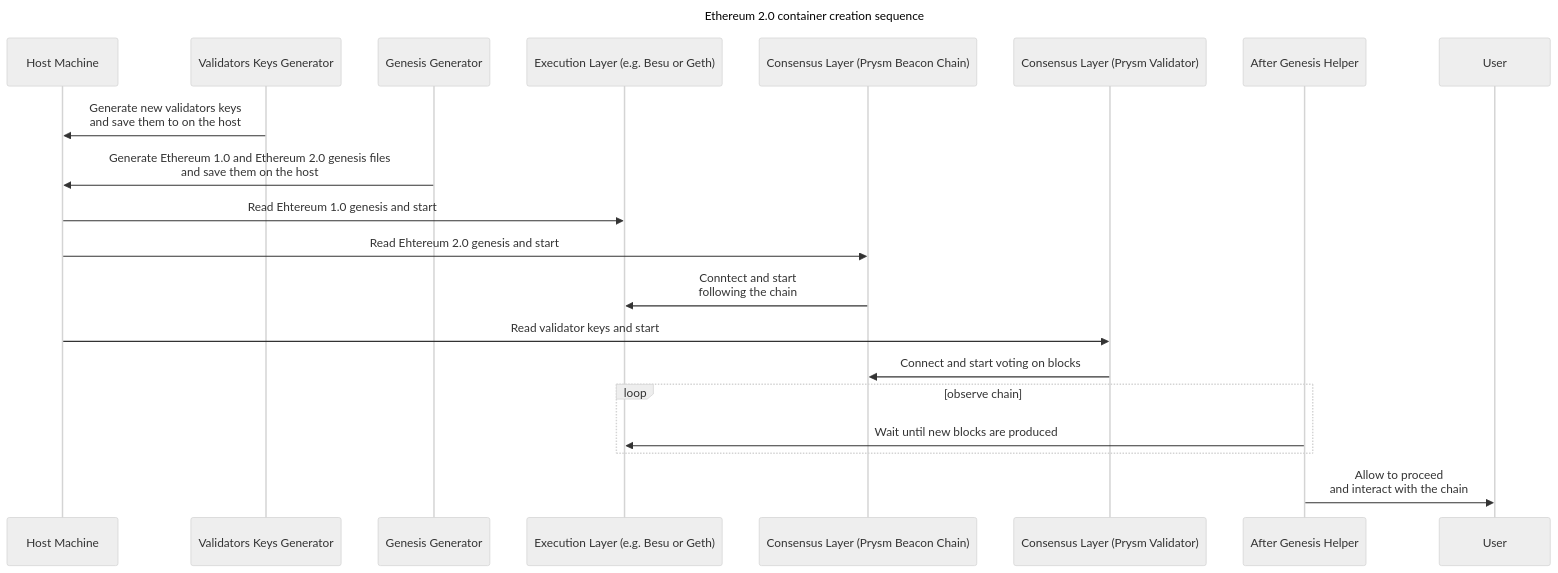
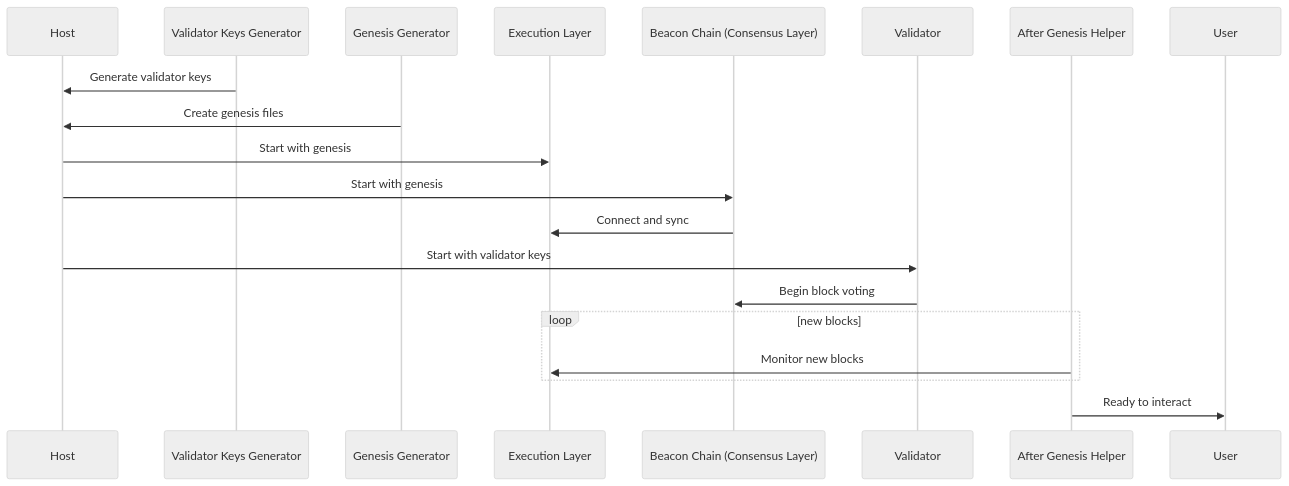
Before and after one commit to smartcontractkit/chainlink-testing-framework: the diagram in book/src/docker/blockchain_nodes.md, drawn with Mermaid (neutral theme). The commit also changed other lines of this file, not shown here.

````diff
--- a/book/src/docker/blockchain_nodes.md
+++ b/book/src/docker/blockchain_nodes.md
@@ -227,25 +180,23 @@
 ```mermaid
----
-title: Ethereum 2.0 container creation sequence
----
 sequenceDiagram
-    participant Host Machine
-    participant Validators Keys Generator
+    participant Host
+    participant Validator Keys Generator
     participant Genesis Generator
-    participant Execution Layer (e.g. Besu or Geth)
-    participant Consensus Layer (Prysm Beacon Chain)
-    participant Consensus Layer (Prysm Validator)
+    participant Execution Layer
+    participant Beacon Chain (Consensus Layer)
+    participant Validator
     participant After Genesis Helper
     participant User
-    Validators Keys Generator->>Host Machine: Generate new validators keys<br/> and save them to on the host
-    Genesis Generator->>Host Machine: Generate Ethereum 1.0 and Ethereum 2.0 genesis files<br/> and save them on the host
-    Host Machine->>Execution Layer (e.g. Besu or Geth): Read Ehtereum 1.0 genesis and start
-    Host Machine->>Consensus Layer (Prysm Beacon Chain): Read Ehtereum 2.0 genesis and start
-    Consensus Layer (Prysm Beacon Chain)->>Execution Layer (e.g. Besu or Geth): Conntect and start<br/> following the chain
-    Host Machine->>Consensus Layer (Prysm Validator): Read validator keys and start
-    Consensus Layer (Prysm Validator)->>Consensus Layer (Prysm Beacon Chain): Connect and start voting on blocks
-    loop observe chain
-    After Genesis Helper->>Execution Layer (e.g. Besu or Geth): Wait until new blocks are produced
+
+    Validator Keys Generator->>Host: Generate validator keys
+    Genesis Generator->>Host: Create genesis files
+    Host->>Execution Layer: Start with genesis
+    Host->>Beacon Chain (Consensus Layer): Start with genesis
+    Beacon Chain (Consensus Layer)->>Execution Layer: Connect and sync
+    Host->>Validator: Start with validator keys
+    Validator->>Beacon Chain (Consensus Layer): Begin block voting
+    loop new blocks
+    After Genesis Helper->>Execution Layer: Monitor new blocks
     end
-    After Genesis Helper->>User: Allow to proceed<br/> and interact with the chain
+    After Genesis Helper->>User: Ready to interact
 ```
````
